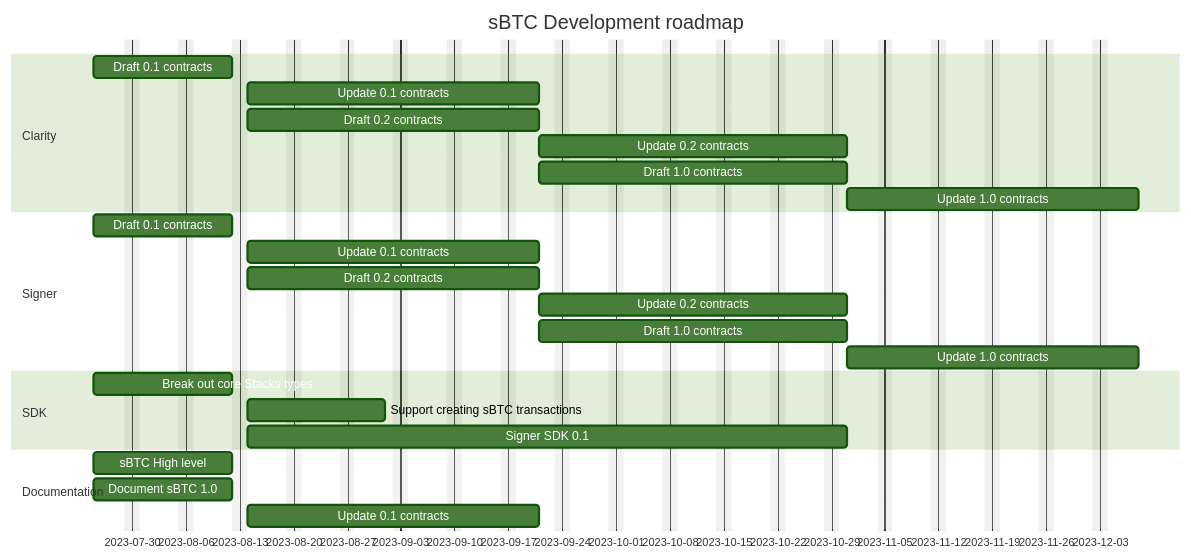
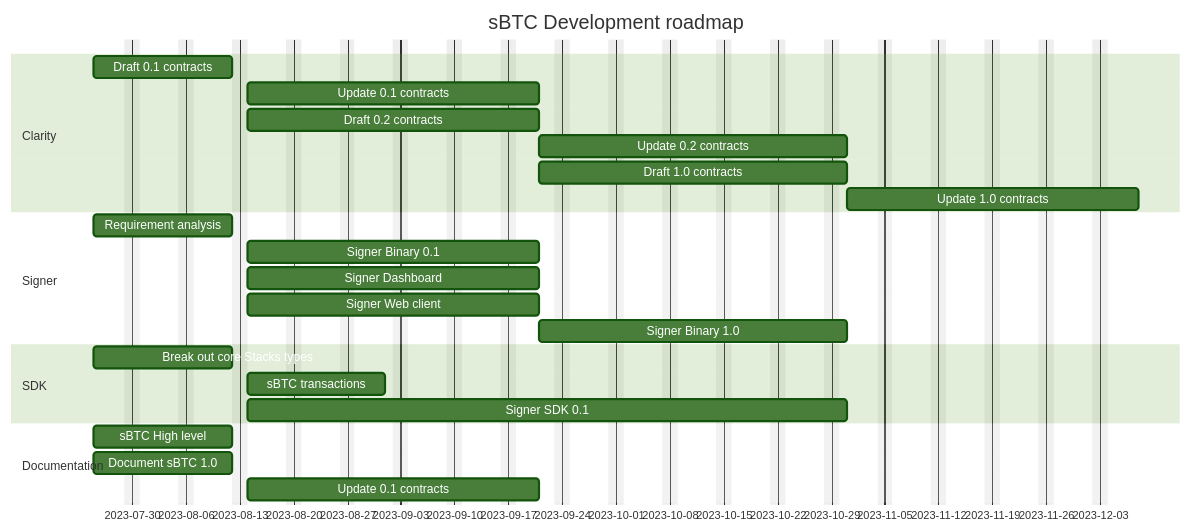
The diagram in src/sbtc-roadmap.md (stacks-network/sbtc-docs), drawn with Mermaid (forest theme) before and after one commit.

Commit message:
wip: More gantt grooming

````diff
--- a/src/sbtc-roadmap.md
+++ b/src/sbtc-roadmap.md
@@ -5,34 +5,33 @@
 ```mermaid
 gantt
     dateFormat  YYYY-MM-DD
     title       sBTC Development roadmap
     excludes    weekends
     %% (`excludes` accepts specific dates in YYYY-MM-DD format, days of the week ("sunday") or "weekends", but not the word "weekdays".)
 
     section Clarity
-    Draft 0.1 contracts            :  clar1, 2023-07-25, 2w
-    Update 0.1 contracts           :  clar2, after clar1, 4w
-    Draft 0.2 contracts            :  clar3, after clar1, 4w
-    Update 0.2 contracts           :  clar4, after clar3, 4w
-    Draft 1.0 contracts            :  clar5, after clar3, 4w
-    Update 1.0 contracts           :  clar6, after clar5, 4w
+    Draft 0.1 contracts        :  clar1, 2023-07-25, 2w
+    Update 0.1 contracts       :  clar2, after clar1, 4w
+    Draft 0.2 contracts        :  clar3, after clar1, 4w
+    Update 0.2 contracts       :  clar4, after clar3, 4w
+    Draft 1.0 contracts        :  clar5, after clar3, 4w
+    Update 1.0 contracts       :  clar6, after clar5, 4w
 
     section Signer
-    Draft 0.1 contracts            :  clar1, 2023-07-25, 2w
-    Update 0.1 contracts           :  clar2, after clar1, 4w
-    Draft 0.2 contracts            :  clar3, after clar1, 4w
-    Update 0.2 contracts           :  clar4, after clar3, 4w
-    Draft 1.0 contracts            :  clar5, after clar3, 4w
-    Update 1.0 contracts           :  clar6, after clar5, 4w
+    Requirement analysis            :  sign1, 2023-07-25, 2w
+    Signer Binary 0.1               :  sign2, after sign1, 4w
+    Signer Dashboard                :  sign3, after sign1, 4w
+    Signer Web client               :  sign4, after sign1, 4w
+    Signer Binary 1.0               :  sign5, after sign2, 4w
 
     section SDK
-    Break out core Stacks types             :  sdk1, 2023-07-25, 2w
-    Support creating sBTC transactions      :  sdk2, after sdk1, 2w
-    Signer SDK 0.1                          :  sdk3, after sdk1, 8w
+    Break out core Stacks types    :  sdk1, 2023-07-25, 2w
+    sBTC transactions              :  sdk2, after sdk1, 2w
+    Signer SDK 0.1                 :  sdk3, after sdk1, 8w
 
     section Documentation
-    sBTC High level :            doc1, 2023-07-25, 2w
-    Document sBTC 1.0 :            doc1, 2023-07-25, 2w
+    sBTC High level                :  doc1, 2023-07-25, 2w
+    Document sBTC 1.0              :  doc1, 2023-07-25, 2w
     Update 0.1 contracts           :  doc2, after doc1, 4w
   
 ```
````
